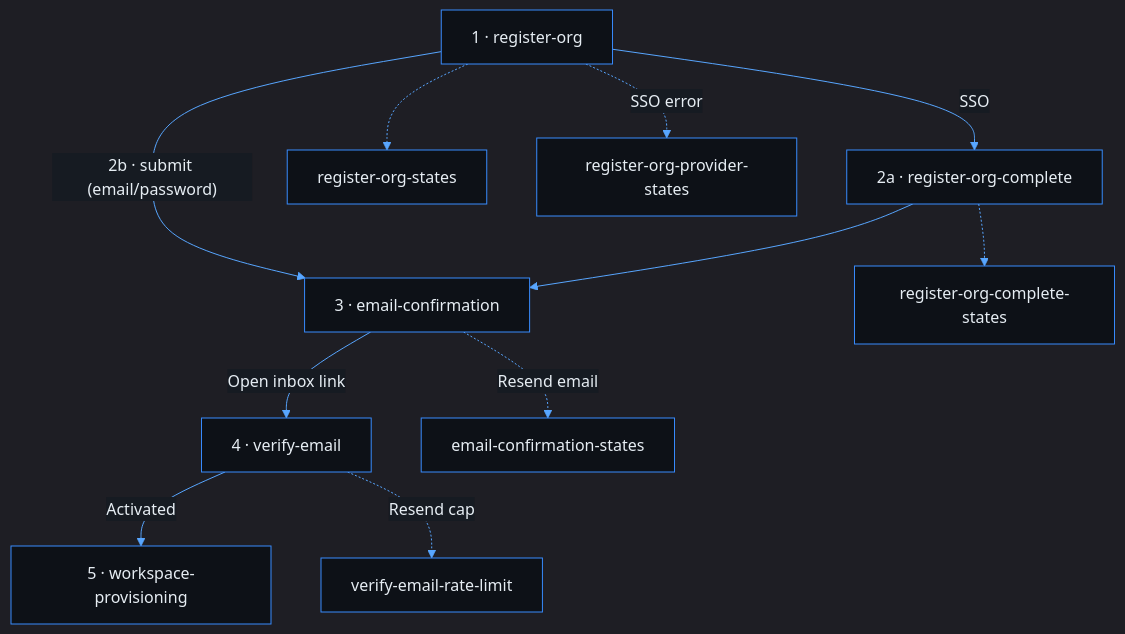
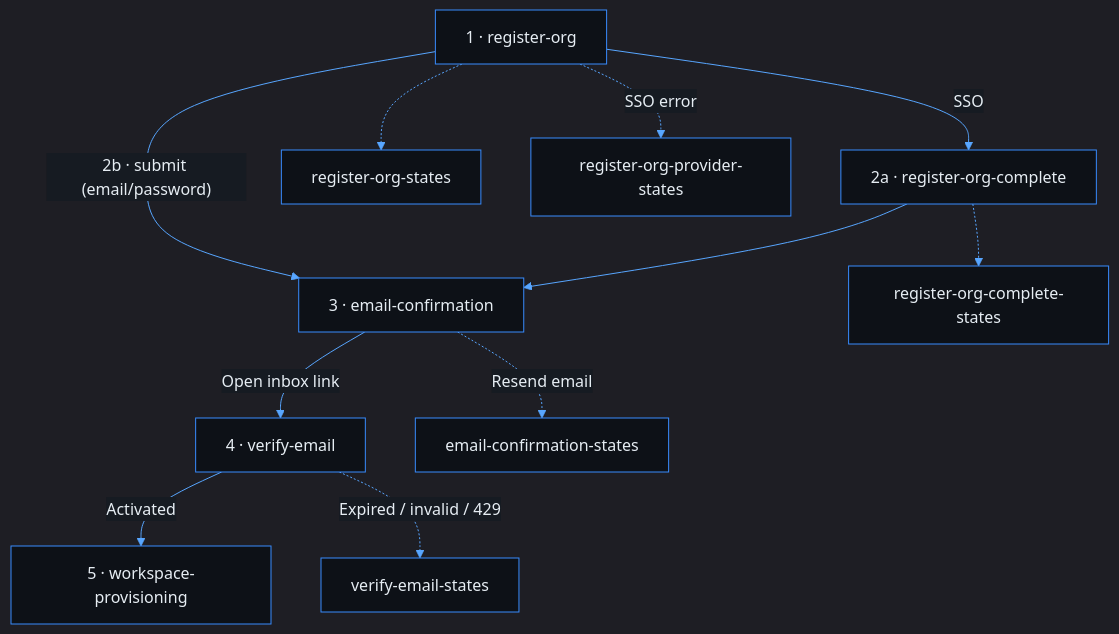
The first of 4 diagrams in docs/use-cases/platform-foundation/register-org/README.md (phuongnse/axis), drawn with Mermaid before and after one commit. The commit also changed other lines of this file and 8 other files, not shown here.

First line of the commit message:
fix(wireframes): standardize verify-email screens per register-org pattern

````diff
--- a/docs/use-cases/platform-foundation/register-org/README.md
+++ b/docs/use-cases/platform-foundation/register-org/README.md
@@ -135,24 +135,24 @@
 ```mermaid
 %%{init: {'theme':'dark','themeVariables':{'background':'#0d1117','mainBkg':'#0d1117','primaryColor':'#161b22','primaryBorderColor':'#388bfd','primaryTextColor':'#e6edf3','secondaryColor':'#21262d','secondaryBorderColor':'#388bfd','secondaryTextColor':'#e6edf3','tertiaryColor':'#161b22','tertiaryTextColor':'#e6edf3','lineColor':'#58a6ff','textColor':'#e6edf3','nodeBorder':'#388bfd','clusterBkg':'#161b22','clusterBorder':'#388bfd','titleColor':'#e6edf3','edgeLabelBackground':'#161b22','actorBkg':'#161b22','actorBorder':'#388bfd','actorTextColor':'#e6edf3','signalColor':'#58a6ff','labelBoxBkgColor':'#161b22','labelBoxBorderColor':'#388bfd','noteBkgColor':'#161b22','noteBorderColor':'#388bfd','noteTextColor':'#c9d1d9','activationBkgColor':'#30363d'}}}%%
 flowchart TD
   entry["1 · register-org"]
   complete["2a · register-org-complete"]
   confirm["3 · email-confirmation"]
   verify["4 · verify-email"]
   errEntry["register-org-states"]
   errComplete["register-org-complete-states"]
   errProvider["register-org-provider-states"]
   errResend["email-confirmation-states"]
-  errVerifyRl["verify-email-rate-limit"]
+  errVerify["verify-email-states"]
 
   entry -->|"2b · submit (email/password)"| confirm
   entry -->|SSO| complete
   complete --> confirm
   confirm -->|Open inbox link| verify
   verify -->|Activated| provision["5 · workspace-provisioning"]
   entry -.-> errEntry
   complete -.-> errComplete
   entry -.->|SSO error| errProvider
   confirm -.->|Resend email| errResend
-  verify -.->|Resend cap| errVerifyRl
+  verify -.->|Expired / invalid / 429| errVerify
 ```
````
